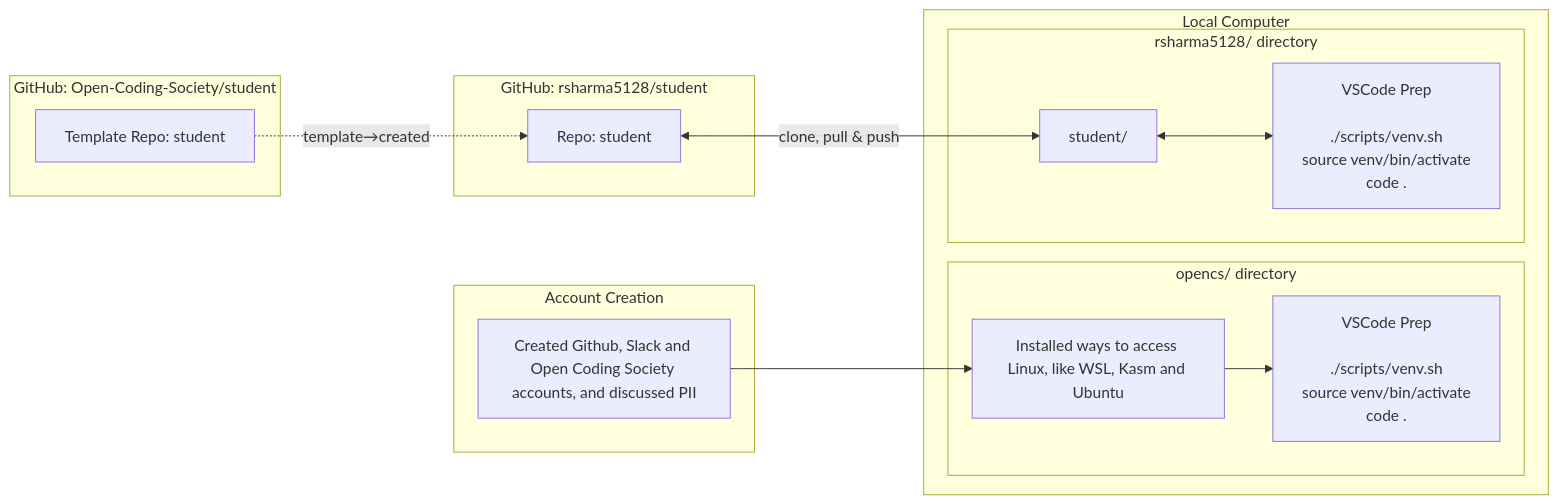
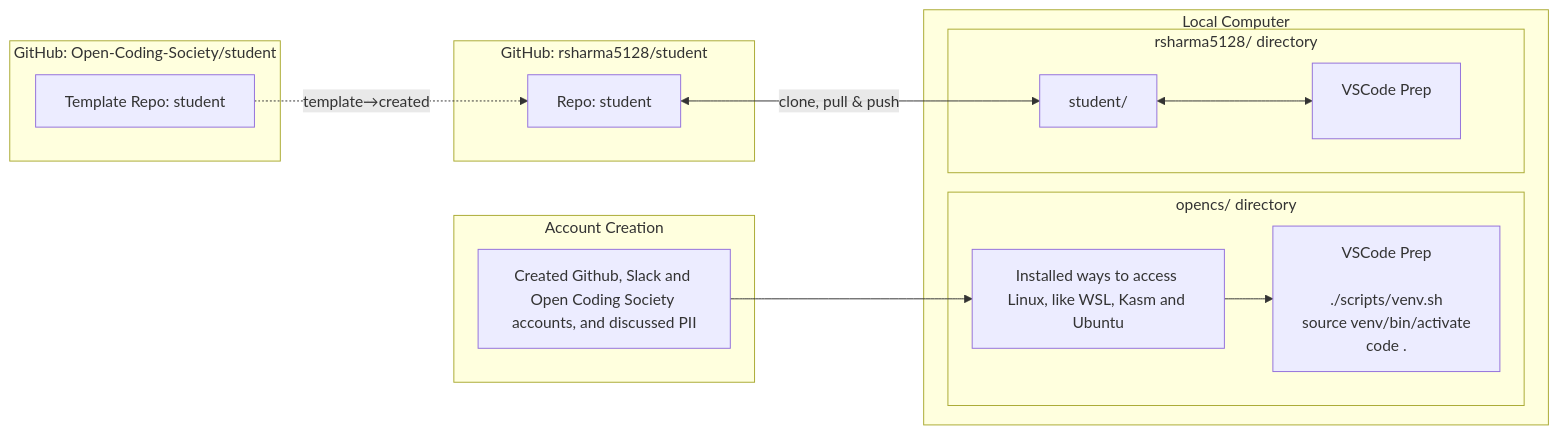
Before and after one commit to rsharma5128/student: the second of 2 diagrams in navigation/journey.md, drawn with Mermaid.

Commit message:
testing title of vscode prep box

````diff
--- a/navigation/journey.md
+++ b/navigation/journey.md
@@ -59,39 +59,39 @@
 ```mermaid
 flowchart LR
     %% GitHub Sources
     subgraph GitHub_Pages[Account Creation]
         A[Created Github, Slack and Open Coding Society accounts, and discussed PII]:::repo
     end
 
     subgraph GitHub_Template[GitHub: Open-Coding-Society/student]
         T[Template Repo: student]:::repo
     end
 
     subgraph GitHub_Student[GitHub: rsharma5128/student]
         B[Repo: student]:::repo
     end
 
     %% Operating system
     subgraph Local[Local Computer]
         subgraph opencs_dir[opencs/ directory]
             C[Installed ways to access Linux, like WSL, Kasm and Ubuntu]:::local
             Ccmd[VSCode Prep<br/><br/>./scripts/venv.sh<br/>source venv/bin/activate<br/>code .]:::cmd
         end
         subgraph user_dir[rsharma5128/ directory]
             D[student/]:::local
-            Dcmd[VSCode Prep<br/><br/>./scripts/venv.sh<br/>source venv/bin/activate<br/>code .]:::cmd
+            Dcmd[VSCode Prep<br/><br/>]:::cmd
         end
     end
 
     %% Arrows: cloning
     A --> C
     B <--> |clone, pull & push| D
 
     %% Arrows: template relationship
     T -.->|template→created| B
 
     %% Arrows: commands
     C --> Ccmd
     D <--> Dcmd
 
 ```
````
